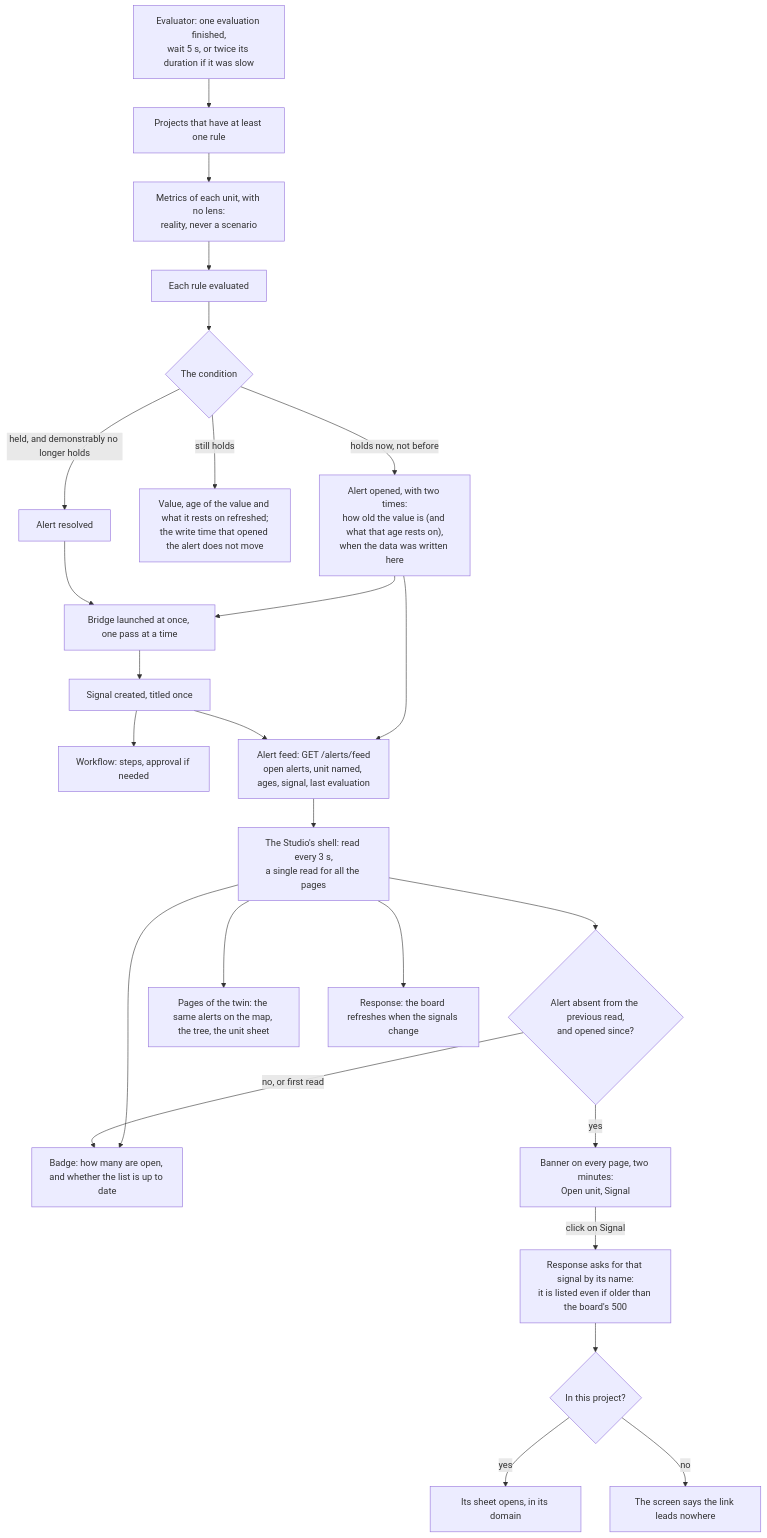
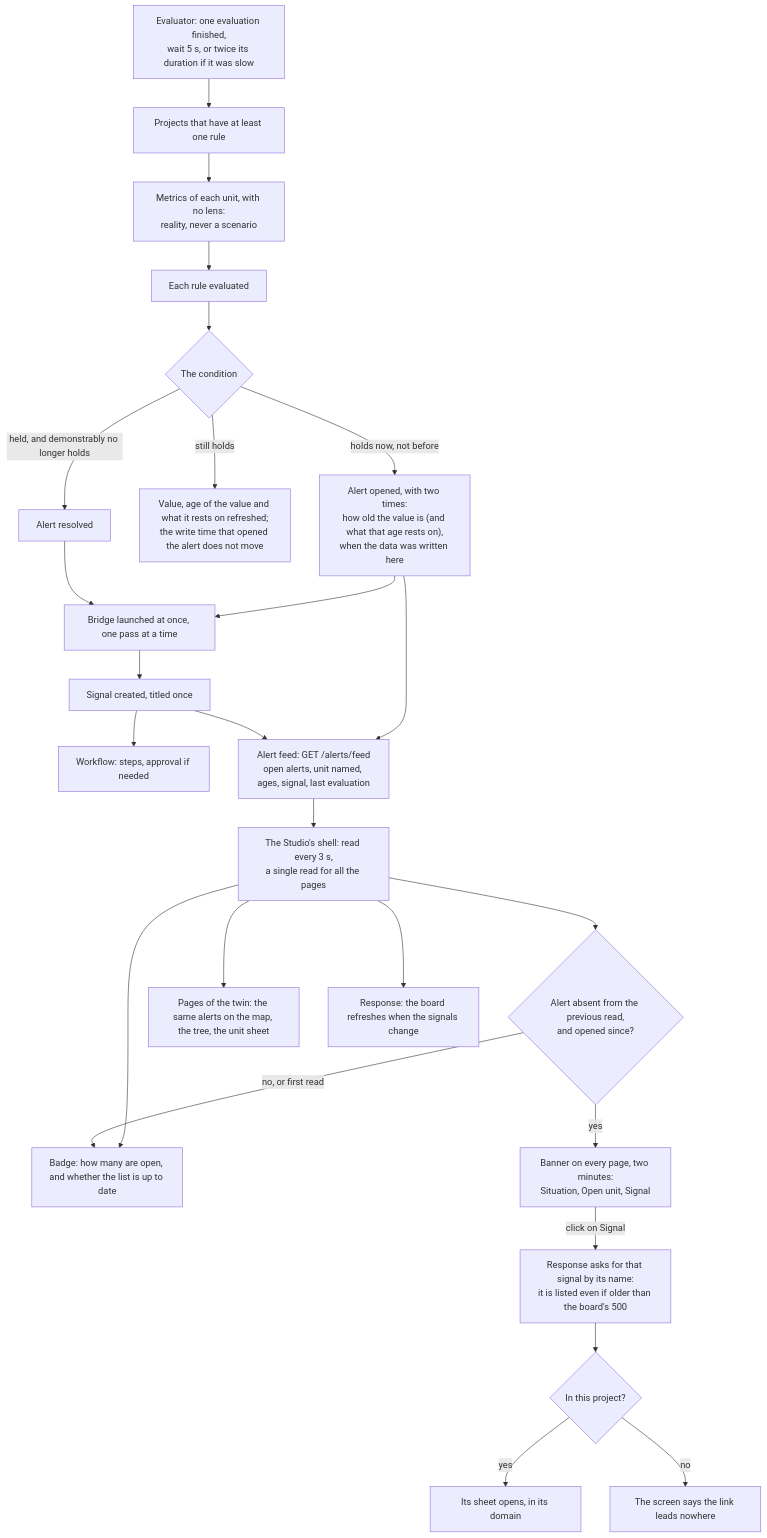
Before and after one commit to V1ktor7/obscyro: diagram 27 of 31 in frontend/content/docs/product/algorithms.md, drawn with Mermaid. The commit also changed other lines of this file and 24 other files, not shown here.

````diff
--- a/frontend/content/docs/product/algorithms.md
+++ b/frontend/content/docs/product/algorithms.md
@@ -810,27 +810,27 @@
 ```mermaid
 flowchart TD
     A["Evaluator: one evaluation finished,<br/>wait 5 s, or twice its duration if it was slow"] --> B["Projects that have at least one rule"]
     B --> C["Metrics of each unit, with no lens:<br/>reality, never a scenario"]
     C --> D["Each rule evaluated"]
     D --> E{"The condition"}
     E -->|"holds now, not before"| F["Alert opened, with two times:<br/>how old the value is (and what that age rests on),<br/>when the data was written here"]
     E -->|"still holds"| F2["Value, age of the value and what it rests on refreshed;<br/>the write time that opened the alert does not move"]
     E -->|"held, and demonstrably no longer holds"| G["Alert resolved"]
     F --> H["Bridge launched at once, one pass at a time"]
     G --> H
     H --> I["Signal created, titled once"]
     I --> J["Workflow: steps, approval if needed"]
     F --> K["Alert feed: GET /alerts/feed<br/>open alerts, unit named, ages, signal, last evaluation"]
     I --> K
     K --> L["The Studio's shell: read every 3 s,<br/>a single read for all the pages"]
     L --> M["Badge: how many are open, and whether the list is up to date"]
     L --> N{"Alert absent from the previous read,<br/>and opened since?"}
-    N -->|"yes"| O["Banner on every page, two minutes:<br/>Open unit, Signal"]
+    N -->|"yes"| O["Banner on every page, two minutes:<br/>Situation, Open unit, Signal"]
     N -->|"no, or first read"| M
     L --> P["Pages of the twin: the same alerts on the map, the tree, the unit sheet"]
     L --> Q["Response: the board refreshes when the signals change"]
     O -->|"click on Signal"| R["Response asks for that signal by its name:<br/>it is listed even if older than the board's 500"]
     R --> S{"In this project?"}
     S -->|"yes"| T["Its sheet opens, in its domain"]
     S -->|"no"| U["The screen says the link leads nowhere"]
 ```
````
